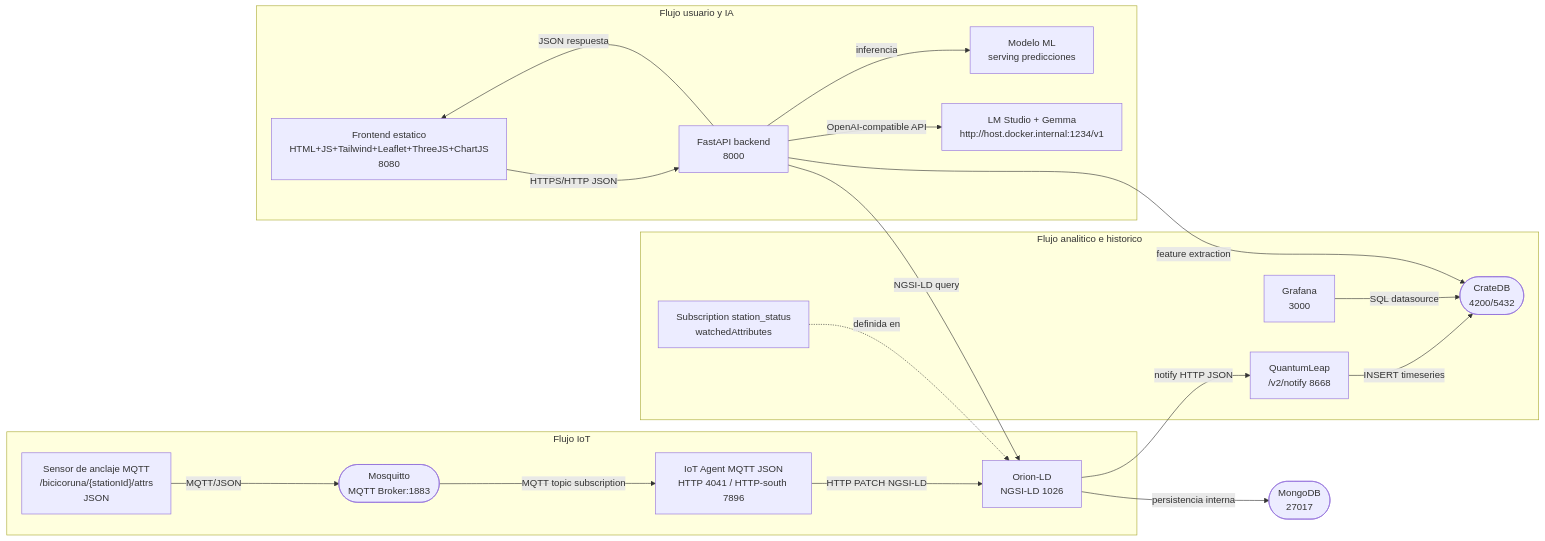
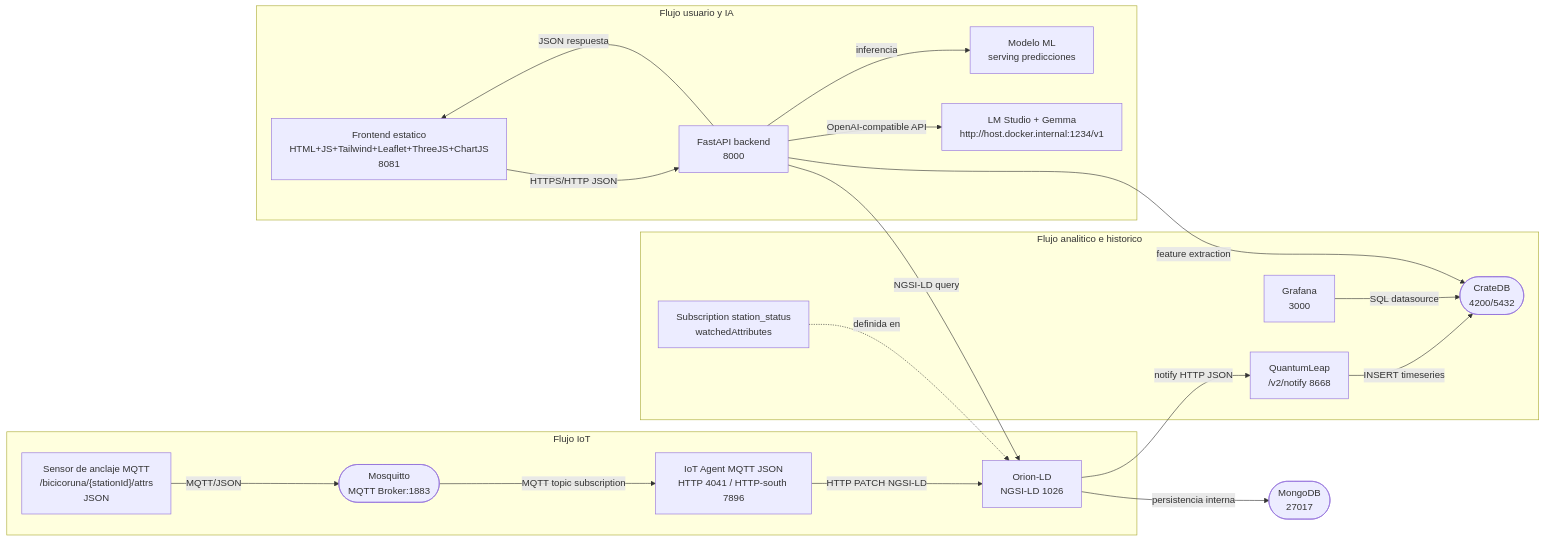
The diagram in architecture.md (alvaroprzr/FIWARE-Smart-Data-Models), drawn with Mermaid before and after one commit. The commit also changed other lines of this file and 1 other file, not shown here.

Commit message:
docs: align frontend port references

````diff
--- a/architecture.md
+++ b/architecture.md
@@ -154,39 +154,39 @@
 ```mermaid
 flowchart LR
   subgraph IoT[Flujo IoT]
     S1["Sensor de anclaje MQTT\n/bicicoruna/{stationId}/attrs\nJSON"]
     MQ(["Mosquitto\nMQTT Broker:1883"])
     IA["IoT Agent MQTT JSON\nHTTP 4041 / HTTP-south 7896"]
     ORI["Orion-LD\nNGSI-LD 1026"]
     S1 -- MQTT/JSON --> MQ
     MQ -- MQTT topic subscription --> IA
     IA -- HTTP PATCH NGSI-LD --> ORI
   end
 
   subgraph Analytics[Flujo analitico e historico]
     SUB["Subscription station_status\nwatchedAttributes"]
     QL["QuantumLeap\n/v2/notify 8668"]
     CR(["CrateDB\n4200/5432"])
     GRA["Grafana\n3000"]
     ORI -- notify HTTP JSON --> QL
     QL -- INSERT timeseries --> CR
     GRA -- SQL datasource --> CR
     SUB -. definida en .-> ORI
   end
 
   subgraph UserFlow[Flujo usuario y IA]
-    FE["Frontend estatico\nHTML+JS+Tailwind+Leaflet+ThreeJS+ChartJS\n8080"]
+    FE["Frontend estatico\nHTML+JS+Tailwind+Leaflet+ThreeJS+ChartJS\n8081"]
     API["FastAPI backend\n8000"]
     ML["Modelo ML\nserving predicciones"]
     LLM["LM Studio + Gemma\nhttp://host.docker.internal:1234/v1"]
     FE -- HTTPS/HTTP JSON --> API
     API -- NGSI-LD query --> ORI
     API -- feature extraction --> CR
     API -- inferencia --> ML
     API -- OpenAI-compatible API --> LLM
     API -- JSON respuesta --> FE
   end
 
   MDB(["MongoDB\n27017"])
   ORI -- persistencia interna --> MDB
 ```
````
